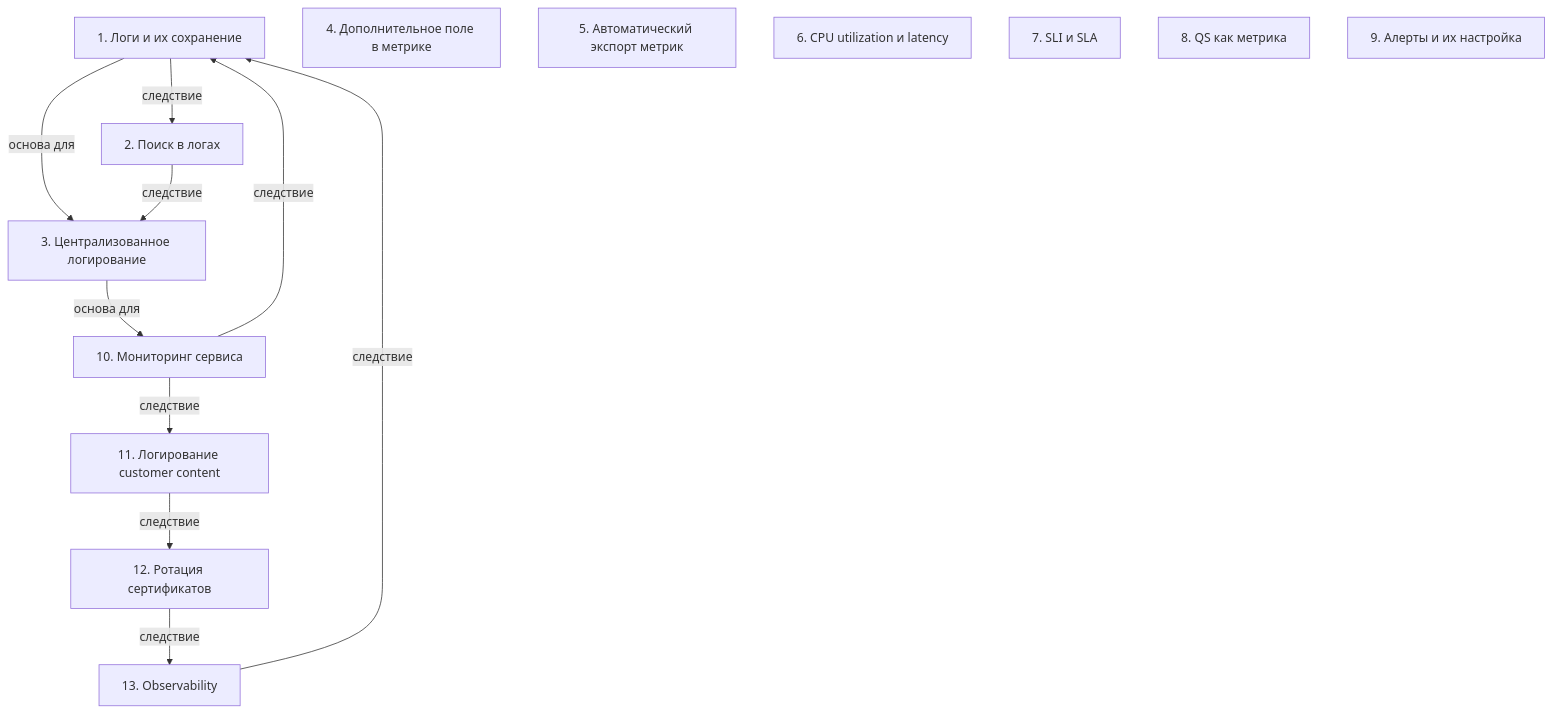
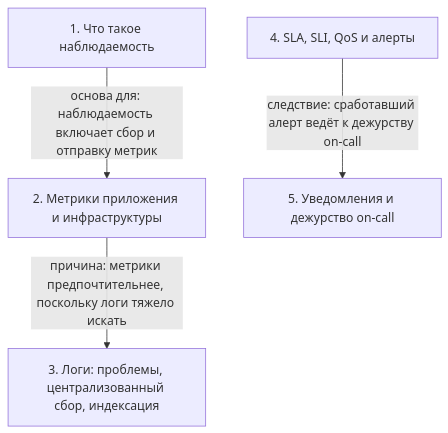
The diagram in SSL.BAND Систем Дизайн/05 - observability — theory/notes.md (AsoloCode/notes), drawn with Mermaid before and after one commit. The commit also changed other lines of this file and 391 other files, not shown here.

````diff
--- a/SSL.BAND Систем Дизайн/05 - observability — theory/notes.md
+++ b/SSL.BAND Систем Дизайн/05 - observability — theory/notes.md
@@ -129,25 +127,11 @@
 ```mermaid
 flowchart TD
-    n1["1. Логи и их сохранение"]
-    n2["2. Поиск в логах"]
-    n3["3. Централизованное логирование"]
-    n4["4. Дополнительное поле в метрике"]
-    n5["5. Автоматический экспорт метрик"]
-    n6["6. CPU utilization и latency"]
-    n7["7. SLI и SLA"]
-    n8["8. QS как метрика"]
-    n9["9. Алерты и их настройка"]
-    n10["10. Мониторинг сервиса"]
-    n11["11. Логирование customer content"]
-    n12["12. Ротация сертификатов"]
-    n13["13. Observability"]
-    n1 -->|основа для| n3
-    n3 -->|основа для| n10
-    n10 -->|следствие| n1
-    n1 -->|следствие| n2
-    n2 -->|следствие| n3
-    n10 -->|следствие| n11
-    n11 -->|следствие| n12
-    n12 -->|следствие| n13
-    n13 -->|следствие| n1
+    n1["1. Что такое наблюдаемость"]
+    n2["2. Метрики приложения и инфраструктуры"]
+    n3["3. Логи: проблемы, централизованный сбор, индексация"]
+    n4["4. SLA, SLI, QoS и алерты"]
+    n5["5. Уведомления и дежурство on-call"]
+    n1 -->|основа для: наблюдаемость включает сбор и отправку метрик| n2
+    n2 -->|причина: метрики предпочтительнее, поскольку логи тяжело искать| n3
+    n4 -->|следствие: сработавший алерт ведёт к дежурству on-call| n5
 ```
````
